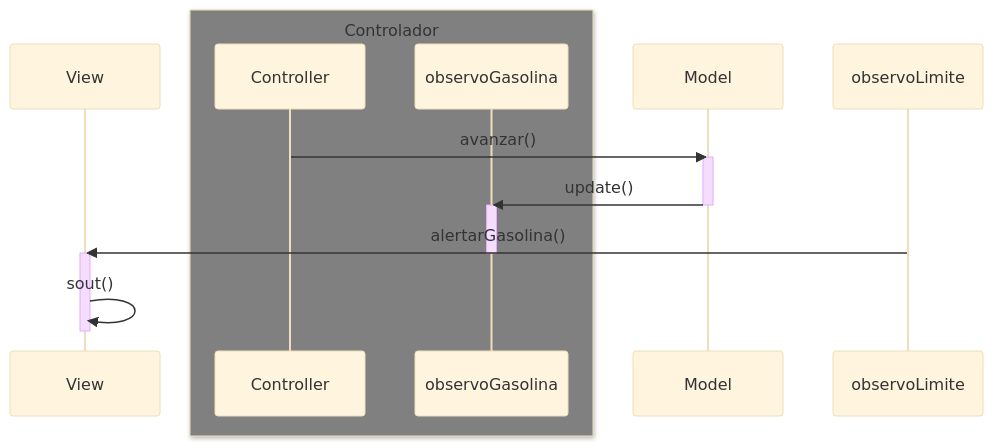
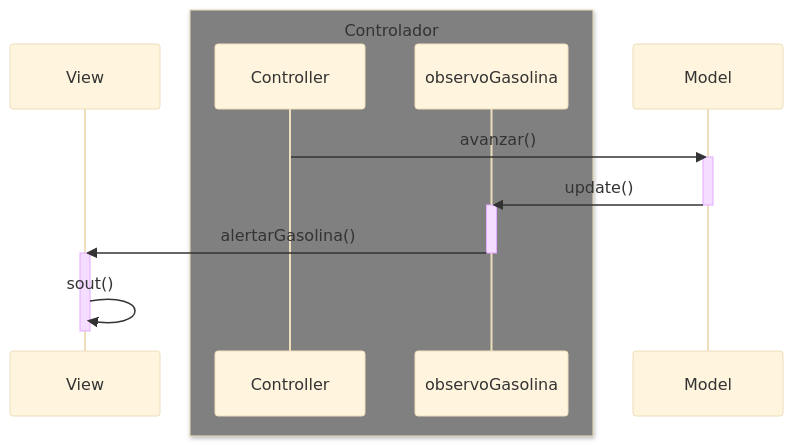
Before and after one commit to Mestosc/MVC_Tarea: the first of 5 diagrams in Readme.md, drawn with Mermaid (base theme). The commit also changed other lines of this file and 3 other files, not shown here.

````diff
--- a/Readme.md
+++ b/Readme.md
@@ -20,20 +19,20 @@
 ```mermaid
 sequenceDiagram
     participant View
     box gray Controlador
     participant Controller
     participant observoGasolina
     end
     participant Model
 
     Controller->>Model: avanzar()
     activate Model
     Model->>observoGasolina: update()
     deactivate Model
     activate observoGasolina
-    observoLimite->>View: alertarGasolina()
+    observoGasolina->>View: alertarGasolina()
     deactivate observoGasolina
     activate View
     View->>View: sout()
     deactivate View
 ```
````
